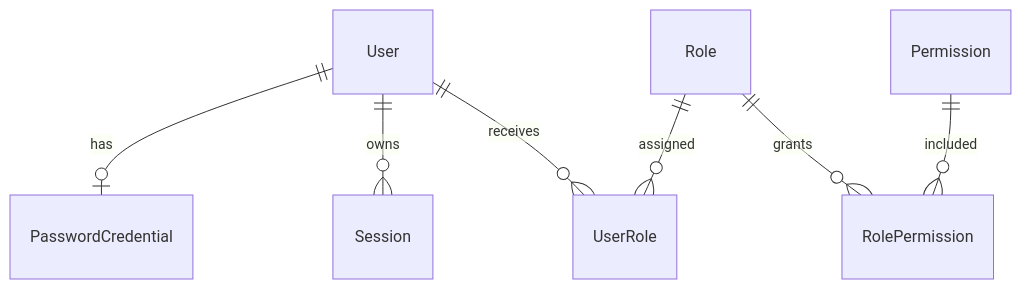
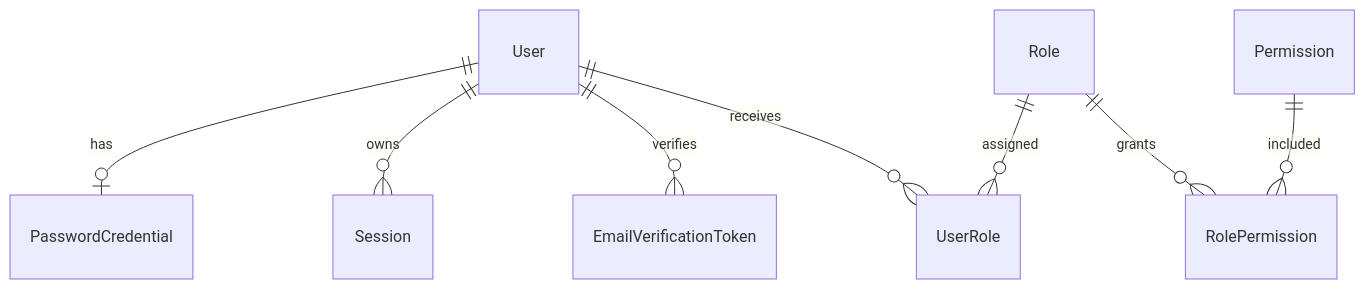
The diagram in docs/06-DATABASE.md (dhViet2004/modular-fullstack-base), drawn with Mermaid before and after one commit. The commit also changed other lines of this file and 17 other files, not shown here.

Commit message:
feat(auth): complete email verification frontend flow

````diff
--- a/docs/06-DATABASE.md
+++ b/docs/06-DATABASE.md
@@ -13,9 +14,10 @@
 ```mermaid
 erDiagram
     User ||--o| PasswordCredential : has
     User ||--o{ Session : owns
+    User ||--o{ EmailVerificationToken : verifies
     User ||--o{ UserRole : receives
     Role ||--o{ UserRole : assigned
     Role ||--o{ RolePermission : grants
     Permission ||--o{ RolePermission : included
 ```
````
